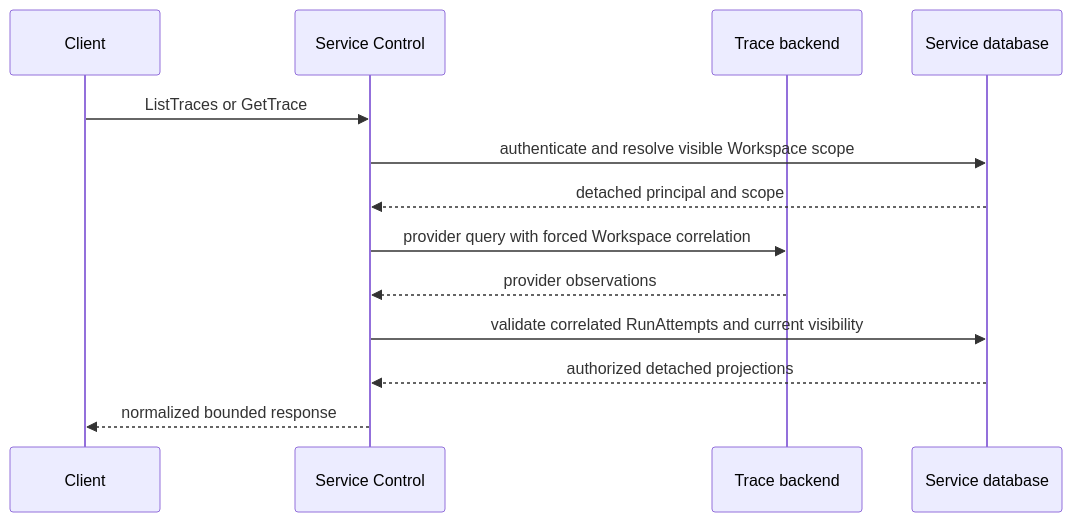
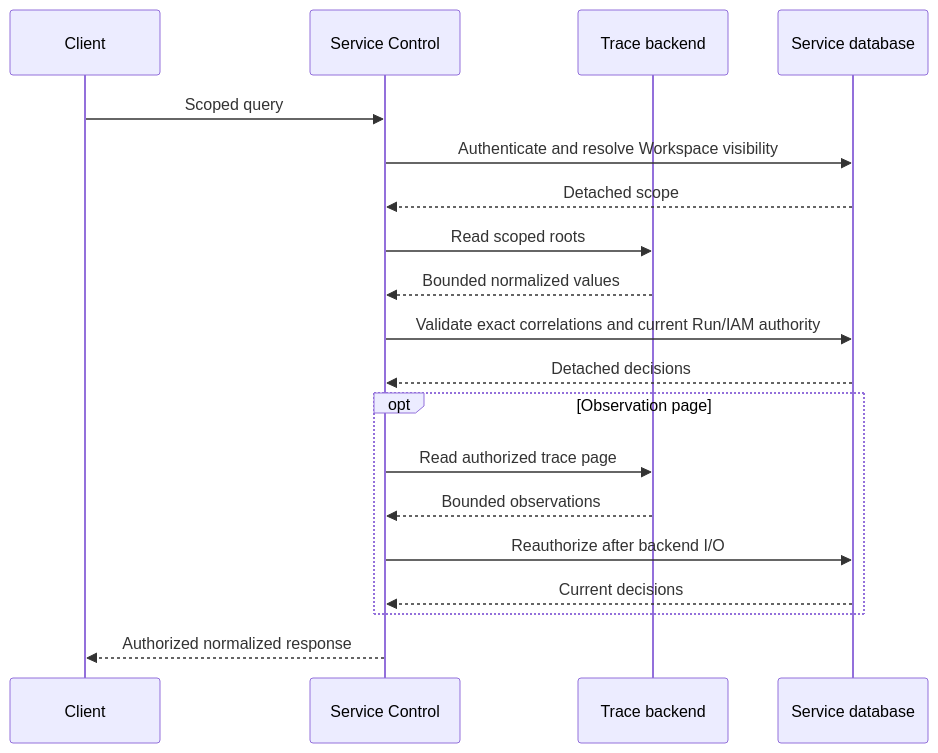
Before and after one commit to LTThreeComma/agent-foundation: the diagram in spec/a13n-service/39-trace-query.md, drawn with Mermaid. The commit also changed other lines of this file and 103 other files, not shown here.

First line of the commit message:
feat(service)!: expose thin authorized trace queries (#387)

````diff
--- a/spec/a13n-service/39-trace-query.md
+++ b/spec/a13n-service/39-trace-query.md
@@ -159,16 +73,21 @@
 ```mermaid
 sequenceDiagram
     participant Client
     participant Control as Service Control
     participant Backend as Trace backend
     participant DB as Service database
-
-    Client->>Control: ListTraces or GetTrace
-    Control->>DB: authenticate and resolve visible Workspace scope
-    DB-->>Control: detached principal and scope
-    Control->>Backend: provider query with forced Workspace correlation
-    Backend-->>Control: provider observations
-    Control->>DB: validate correlated RunAttempts and current visibility
-    DB-->>Control: authorized detached projections
-    Control-->>Client: normalized bounded response
+    Client->>Control: Scoped query
+    Control->>DB: Authenticate and resolve Workspace visibility
+    DB-->>Control: Detached scope
+    Control->>Backend: Read scoped roots
+    Backend-->>Control: Bounded normalized values
+    Control->>DB: Validate exact correlations and current Run/IAM authority
+    DB-->>Control: Detached decisions
+    opt Observation page
+        Control->>Backend: Read authorized trace page
+        Backend-->>Control: Bounded observations
+        Control->>DB: Reauthorize after backend I/O
+        DB-->>Control: Current decisions
+    end
+    Control-->>Client: Authorized normalized response
 ```
````
